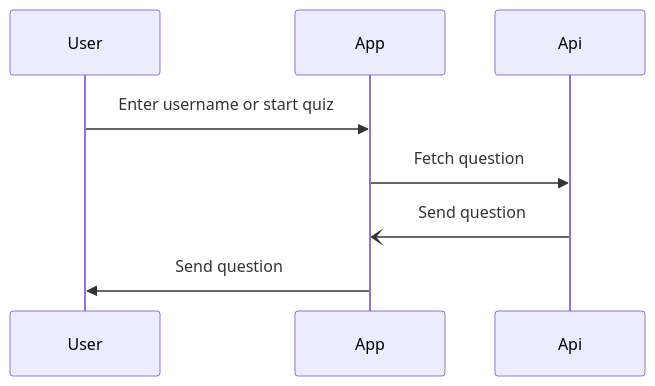
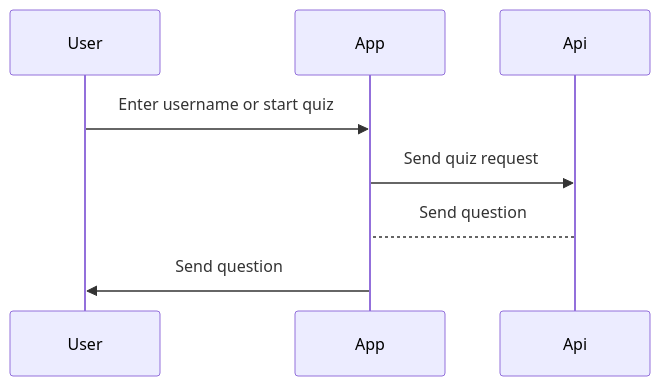
Before and after one commit to TheFullStackFred/fredrikstromberg-testing_typescipt-quiz_app: the diagram in src/sequenceDiagram.md, drawn with Mermaid.

Commit message:
started on uml diagram

````diff
--- a/src/sequenceDiagram.md
+++ b/src/sequenceDiagram.md
@@ -1,11 +1,11 @@
 ```mermaid
 sequenceDiagram
     participant User
     participant App
     participant Api
 
        User->>App: Enter username or start quiz
-    App->>Api: Fetch question
-    Api-)App: Send question
+    App->>Api: Send quiz request
+    Api-->App: Send question
     App->>User: Send question
 ```
````
